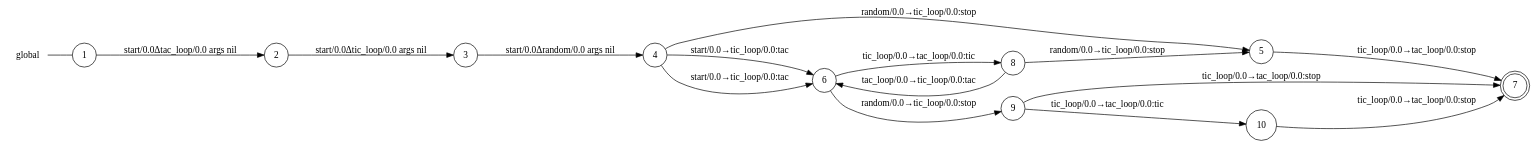
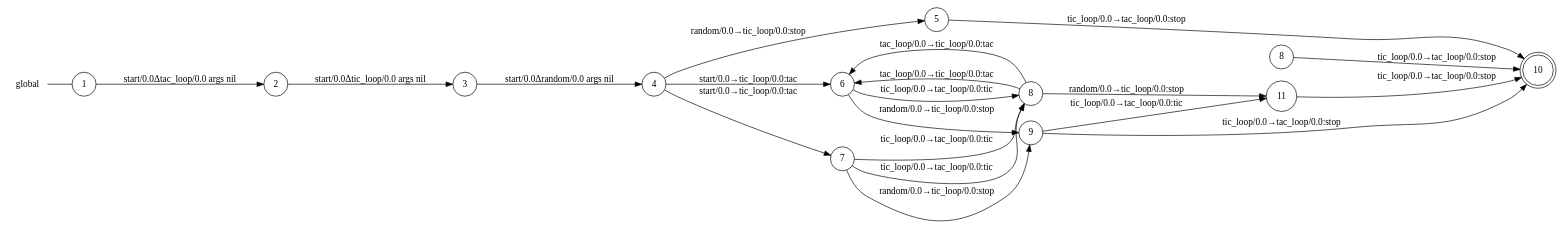
Before and after one commit to gabrielegenovese/chorer: the diagram in examples/ticktackstop/start_0_global_view.dot, drawn with Graphviz. The commit also changed 67 other files, not shown here.

```diff
--- a/examples/ticktackstop/start_0_global_view.dot
+++ b/examples/ticktackstop/start_0_global_view.dot
@@ -1,30 +1,37 @@
 digraph global {
 	rankdir="LR";
 	n_0 [label="global", shape="plaintext"];
-	n_1 [id="14", shape=circle, label="4"];
-	n_2 [id="1", shape=circle, label="1"];
-	n_0 -> n_2 [arrowhead=none];
-	n_3 [id="4", shape=circle, label="8"];
-	n_4 [id="6", shape=doublecircle, label="7"];
-	n_5 [id="3", shape=circle, label="3"];
-	n_6 [id="12", shape=circle, label="5"];
-	n_7 [id="2", shape=circle, label="2"];
-	n_8 [id="11", shape=circle, label="10"];
-	n_9 [id="10", shape=circle, label="9"];
-	n_10 [id="5", shape=circle, label="6"];
+	n_1 [id="14", shape=circle, label="9"];
+	n_2 [id="8", shape=circle, label="8"];
+	n_3 [id="1", shape=circle, label="1"];
+	n_0 -> n_3 [arrowhead=none];
+	n_4 [id="7", shape=circle, label="3"];
+	n_5 [id="16", shape=circle, label="5"];
+	n_6 [id="4", shape=doublecircle, label="10"];
+	n_7 [id="6", shape=circle, label="6"];
+	n_8 [id="3", shape=circle, label="2"];
+	n_9 [id="12", shape=circle, label="7"];
+	n_10 [id="18", shape=circle, label="4"];
+	n_11 [id="2", shape=circle, label="8"];
+	n_12 [id="10", shape=circle, label="11"];
 
-	n_1 -> n_10 [id="[$e|10]", label="start/0.0→tic_loop/0.0:tac"];
-	n_3 -> n_6 [id="[$e|2]", label="random/0.0→tic_loop/0.0:stop"];
-	n_10 -> n_9 [id="[$e|11]", label="random/0.0→tic_loop/0.0:stop"];
-	n_8 -> n_4 [id="[$e|0]", label="tic_loop/0.0→tac_loop/0.0:stop"];
-	n_7 -> n_5 [id="[$e|17]", label="start/0.0Δtic_loop/0.0 args nil"];
-	n_9 -> n_4 [id="[$e|1]", label="tic_loop/0.0→tac_loop/0.0:stop"];
-	n_10 -> n_3 [id="[$e|23]", label="tic_loop/0.0→tac_loop/0.0:tic"];
-	n_1 -> n_6 [id="[$e|7]", label="random/0.0→tic_loop/0.0:stop"];
-	n_5 -> n_1 [id="[$e|14]", label="start/0.0Δrandom/0.0 args nil"];
-	n_1 -> n_10 [id="[$e|20]", label="start/0.0→tic_loop/0.0:tac"];
-	n_9 -> n_8 [id="[$e|15]", label="tic_loop/0.0→tac_loop/0.0:tic"];
-	n_3 -> n_10 [id="[$e|12]", label="tac_loop/0.0→tic_loop/0.0:tac"];
-	n_6 -> n_4 [id="[$e|21]", label="tic_loop/0.0→tac_loop/0.0:stop"];
-	n_2 -> n_7 [id="[$e|13]", label="start/0.0Δtac_loop/0.0 args nil"];
+	n_1 -> n_12 [id="[$e|12]", label="tic_loop/0.0→tac_loop/0.0:tic"];
+	n_10 -> n_5 [id="[$e|9]", label="random/0.0→tic_loop/0.0:stop"];
+	n_9 -> n_1 [id="[$e|10]", label="random/0.0→tic_loop/0.0:stop"];
+	n_11 -> n_12 [id="[$e|36]", label="random/0.0→tic_loop/0.0:stop"];
+	n_4 -> n_10 [id="[$e|23]", label="start/0.0Δrandom/0.0 args nil"];
+	n_2 -> n_6 [id="[$e|14]", label="tic_loop/0.0→tac_loop/0.0:stop"];
+	n_3 -> n_8 [id="[$e|22]", label="start/0.0Δtac_loop/0.0 args nil"];
+	n_11 -> n_7 [id="[$e|31]", label="tac_loop/0.0→tic_loop/0.0:tac"];
+	n_8 -> n_4 [id="[$e|25]", label="start/0.0Δtic_loop/0.0 args nil"];
+	n_10 -> n_9 [id="[$e|2]", label="start/0.0→tic_loop/0.0:tac"];
+	n_1 -> n_6 [id="[$e|38]", label="tic_loop/0.0→tac_loop/0.0:stop"];
+	n_9 -> n_11 [id="[$e|11]", label="tic_loop/0.0→tac_loop/0.0:tic"];
+	n_10 -> n_7 [id="[$e|30]", label="start/0.0→tic_loop/0.0:tac"];
+	n_5 -> n_6 [id="[$e|39]", label="tic_loop/0.0→tac_loop/0.0:stop"];
+	n_7 -> n_11 [id="[$e|33]", label="tic_loop/0.0→tac_loop/0.0:tic"];
+	n_7 -> n_1 [id="[$e|21]", label="random/0.0→tic_loop/0.0:stop"];
+	n_9 -> n_11 [id="[$e|34]", label="tic_loop/0.0→tac_loop/0.0:tic"];
+	n_12 -> n_6 [id="[$e|37]", label="tic_loop/0.0→tac_loop/0.0:stop"];
+	n_11 -> n_7 [id="[$e|15]", label="tac_loop/0.0→tic_loop/0.0:tac"];
 }
```
